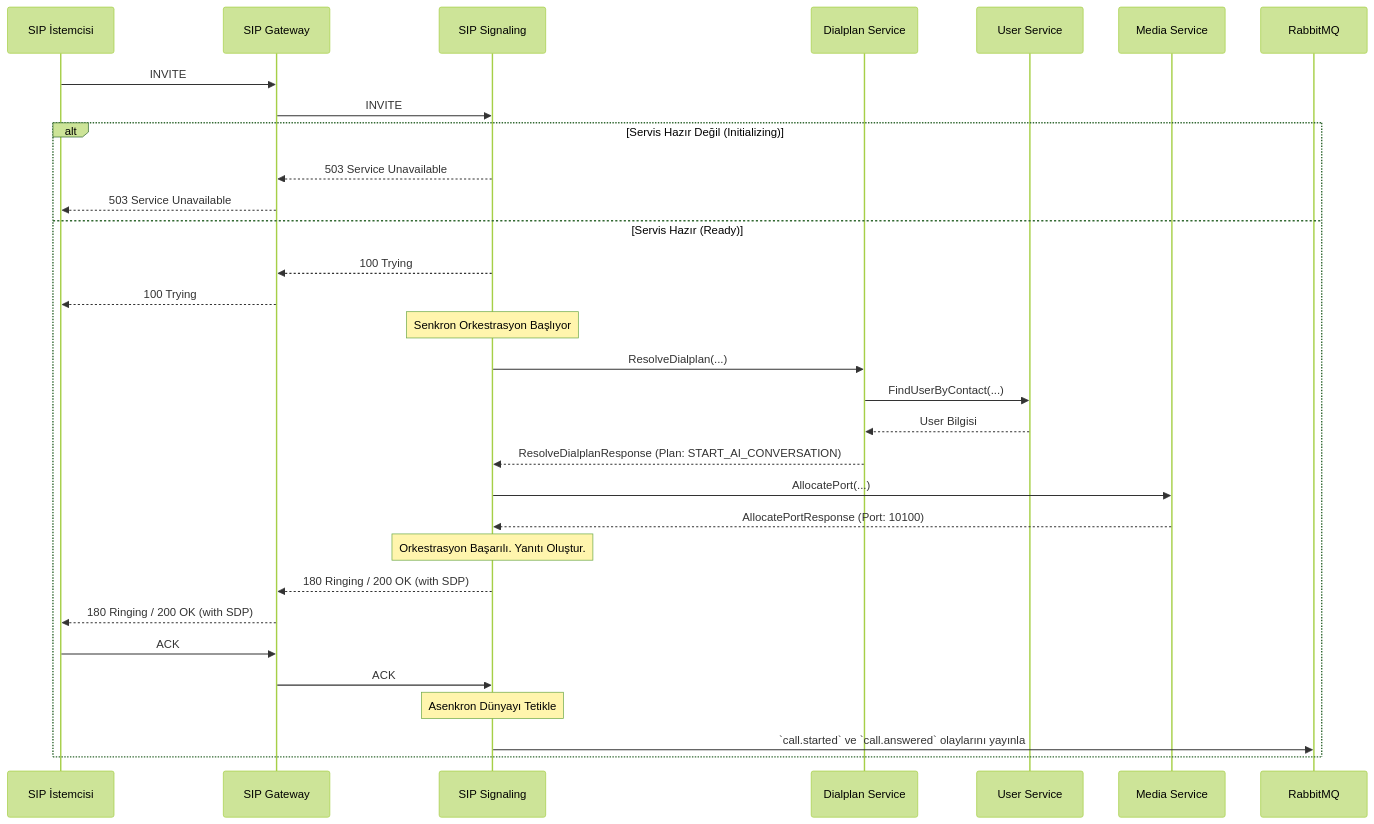
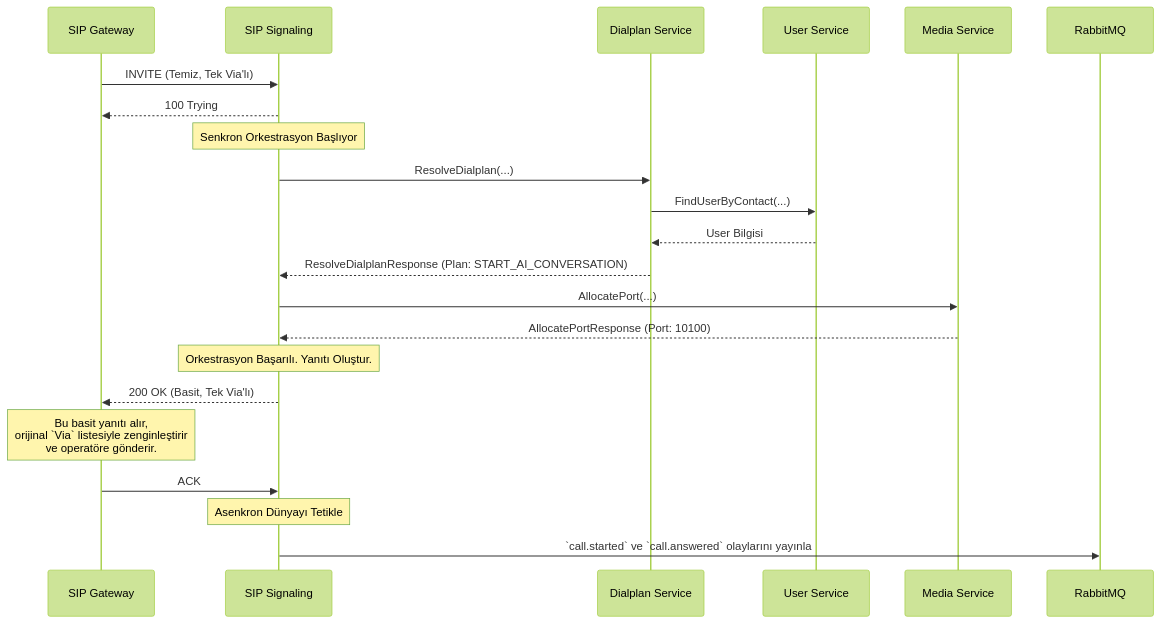
The diagram in LOGIC.md (sentiric/sentiric-sip-signaling-service), drawn with Mermaid (forest theme) before and after one commit. The commit also changed other lines of this file and 6 other files, not shown here.

First line of the commit message:
refactor(sip): Simplify signaling logic based on Strategy B+

````diff
--- a/LOGIC.md
+++ b/LOGIC.md
@@ -23,42 +17,31 @@
 ```mermaid
 sequenceDiagram
-    participant Client as SIP İstemcisi
     participant Gateway as SIP Gateway
     participant Signaling as SIP Signaling
+    participant Dialplan as Dialplan Service
+    participant User as User Service
+    participant Media as Media Service
+    participant RabbitMQ
     
-    Client->>Gateway: INVITE
-    Gateway->>Signaling: INVITE
+    Gateway->>Signaling: INVITE (Temiz, Tek Via'lı)
+    Signaling-->>Gateway: 100 Trying
 
-    alt Servis Hazır Değil (Initializing)
-        Signaling-->>Gateway: 503 Service Unavailable
-        Gateway-->>Client: 503 Service Unavailable
-    else Servis Hazır (Ready)
-        participant Dialplan as Dialplan Service
-        participant User as User Service
-        participant Media as Media Service
-        participant RabbitMQ
-        
-        Signaling-->>Gateway: 100 Trying
-        Gateway-->>Client: 100 Trying
+    Note over Signaling: Senkron Orkestrasyon Başlıyor
+    Signaling->>Dialplan: ResolveDialplan(...)
+    Dialplan->>User: FindUserByContact(...)
+    User-->>Dialplan: User Bilgisi
+    Dialplan-->>Signaling: ResolveDialplanResponse (Plan: START_AI_CONVERSATION)
 
-        Note over Signaling: Senkron Orkestrasyon Başlıyor
-        Signaling->>Dialplan: ResolveDialplan(...)
-        Dialplan->>User: FindUserByContact(...)
-        User-->>Dialplan: User Bilgisi
-        Dialplan-->>Signaling: ResolveDialplanResponse (Plan: START_AI_CONVERSATION)
+    Signaling->>Media: AllocatePort(...)
+    Media-->>Signaling: AllocatePortResponse (Port: 10100)
 
-        Signaling->>Media: AllocatePort(...)
-        Media-->>Signaling: AllocatePortResponse (Port: 10100)
-
-        Note over Signaling: Orkestrasyon Başarılı. Yanıtı Oluştur.
-        Signaling-->>Gateway: 180 Ringing / 200 OK (with SDP)
-        Gateway-->>Client: 180 Ringing / 200 OK (with SDP)
-        
-        Client->>Gateway: ACK
-        Gateway->>Signaling: ACK
-        
-        Note over Signaling: Asenkron Dünyayı Tetikle
-        Signaling->>RabbitMQ: `call.started` ve `call.answered` olaylarını yayınla
-    end
-
+    Note over Signaling: Orkestrasyon Başarılı. Yanıtı Oluştur.
+    Signaling-->>Gateway: 200 OK (Basit, Tek Via'lı)
+    
+    Note over Gateway: Bu basit yanıtı alır, <br> orijinal `Via` listesiyle zenginleştirir <br> ve operatöre gönderir.
+    
+    Gateway->>Signaling: ACK
+    
+    Note over Signaling: Asenkron Dünyayı Tetikle
+    Signaling->>RabbitMQ: `call.started` ve `call.answered` olaylarını yayınla
 ```
````
